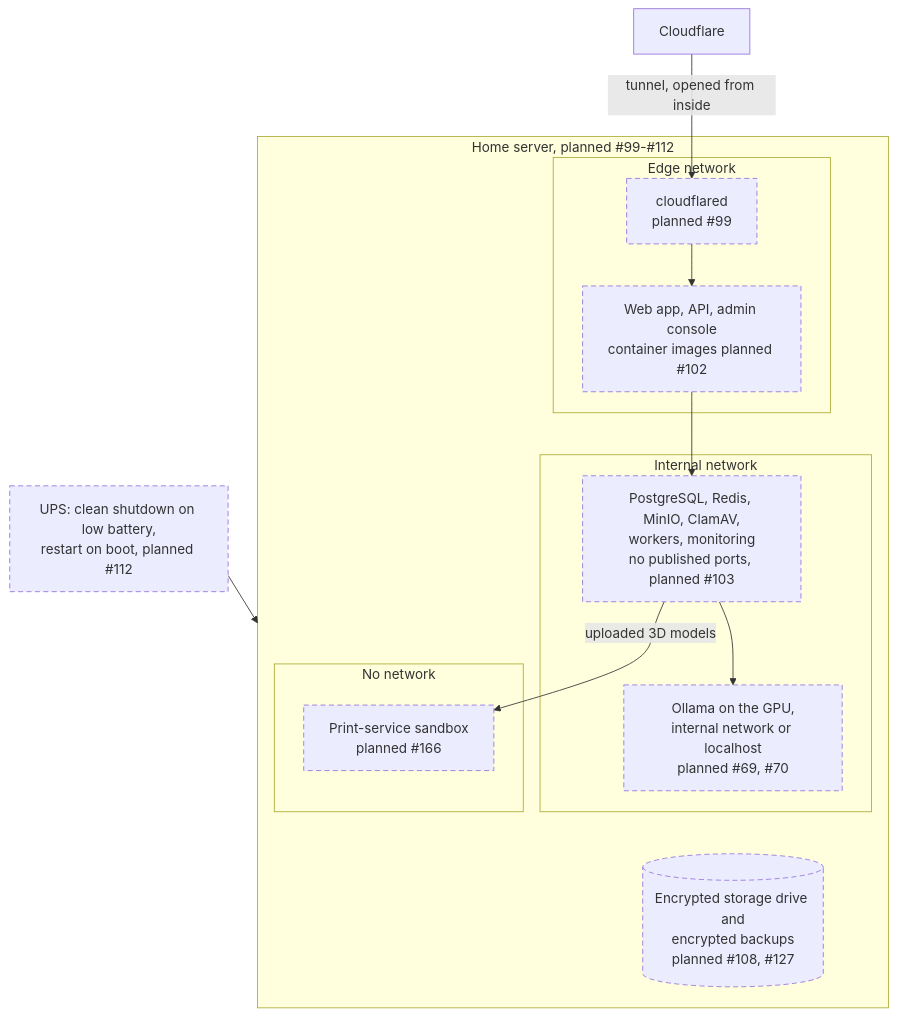
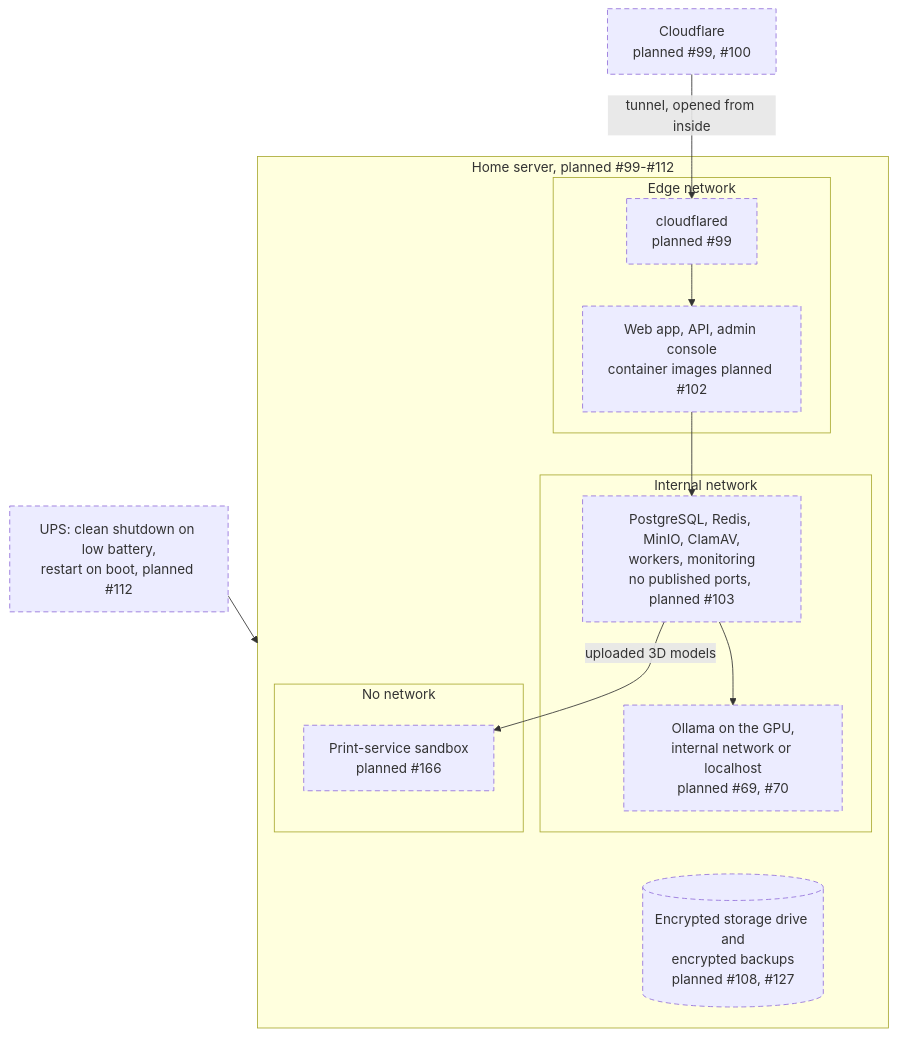
Before and after one commit to 8y7mh47ysk-hash/car-social-app: the sixth of 6 diagrams in docs/ARCHITECTURE.md, drawn with Mermaid. The commit also changed other lines of this file, not shown here.

First line of the commit message:
docs: correct statements in the architecture document

````diff
--- a/docs/ARCHITECTURE.md
+++ b/docs/ARCHITECTURE.md
@@ -310,27 +310,27 @@
 ```mermaid
 flowchart TB
   classDef planned stroke-dasharray:6 4
 
-  cloudflare["Cloudflare"] -->|"tunnel, opened from inside"| tunnel
+  cloudflare["Cloudflare<br/>planned #99, #100"]:::planned -->|"tunnel, opened from inside"| tunnel
   subgraph server["Home server, planned #99-#112"]
     subgraph edgenet["Edge network"]
       tunnel["cloudflared<br/>planned #99"]:::planned
       apps["Web app, API, admin console<br/>container images planned #102"]:::planned
     end
     subgraph internal["Internal network"]
       services["PostgreSQL, Redis, MinIO, ClamAV,<br/>workers, monitoring<br/>no published ports, planned #103"]:::planned
       ollama["Ollama on the GPU,<br/>internal network or localhost<br/>planned #69, #70"]:::planned
     end
     subgraph isolated["No network"]
       sandbox["Print-service sandbox<br/>planned #166"]:::planned
     end
     disks[("Encrypted storage drive and<br/>encrypted backups<br/>planned #108, #127")]:::planned
   end
   ups["UPS: clean shutdown on low battery,<br/>restart on boot, planned #112"]:::planned
   tunnel --> apps
   apps --> services
   services --> ollama
   services -->|"uploaded 3D models"| sandbox
   ollama ~~~ disks
   ups --> server
 ```
````
